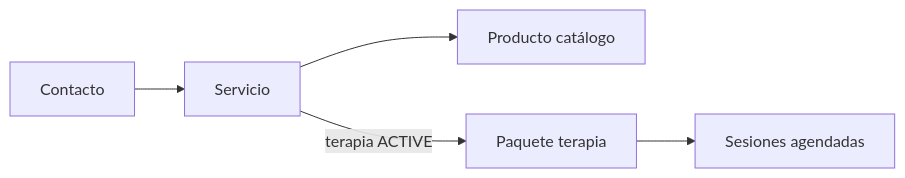
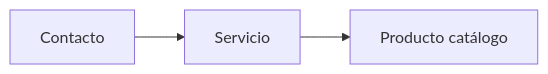
Before and after one commit to m3nd0zit4/dayana-pnl: the first of 2 diagrams in docs/crm-guia-uso.md, drawn with Mermaid. The commit also changed other lines of this file and 23 other files, not shown here.

````diff
--- a/docs/crm-guia-uso.md
+++ b/docs/crm-guia-uso.md
@@ -17,7 +15,5 @@
 ```mermaid
 flowchart LR
   Contacto --> Enrollment[Servicio]
   Enrollment --> Producto[Producto catálogo]
-  Enrollment -->|terapia ACTIVE| TherapyPackage[Paquete terapia]
-  TherapyPackage --> Sesiones[Sesiones agendadas]
 ```
````
